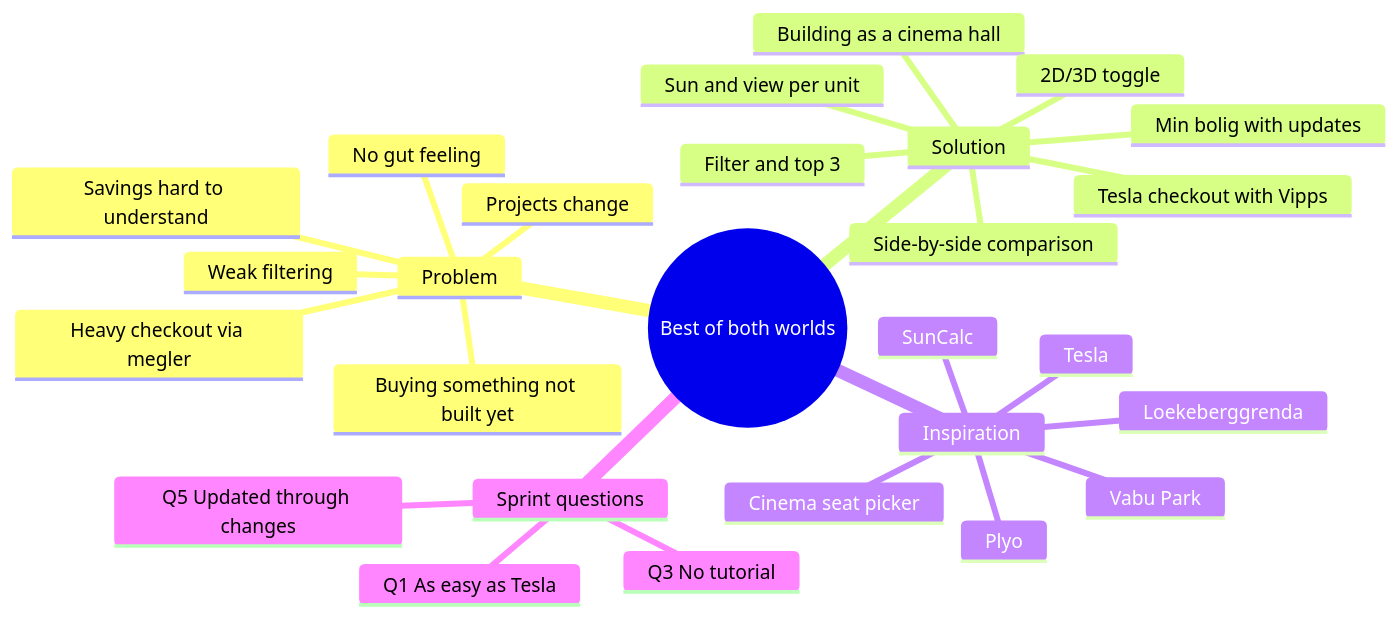
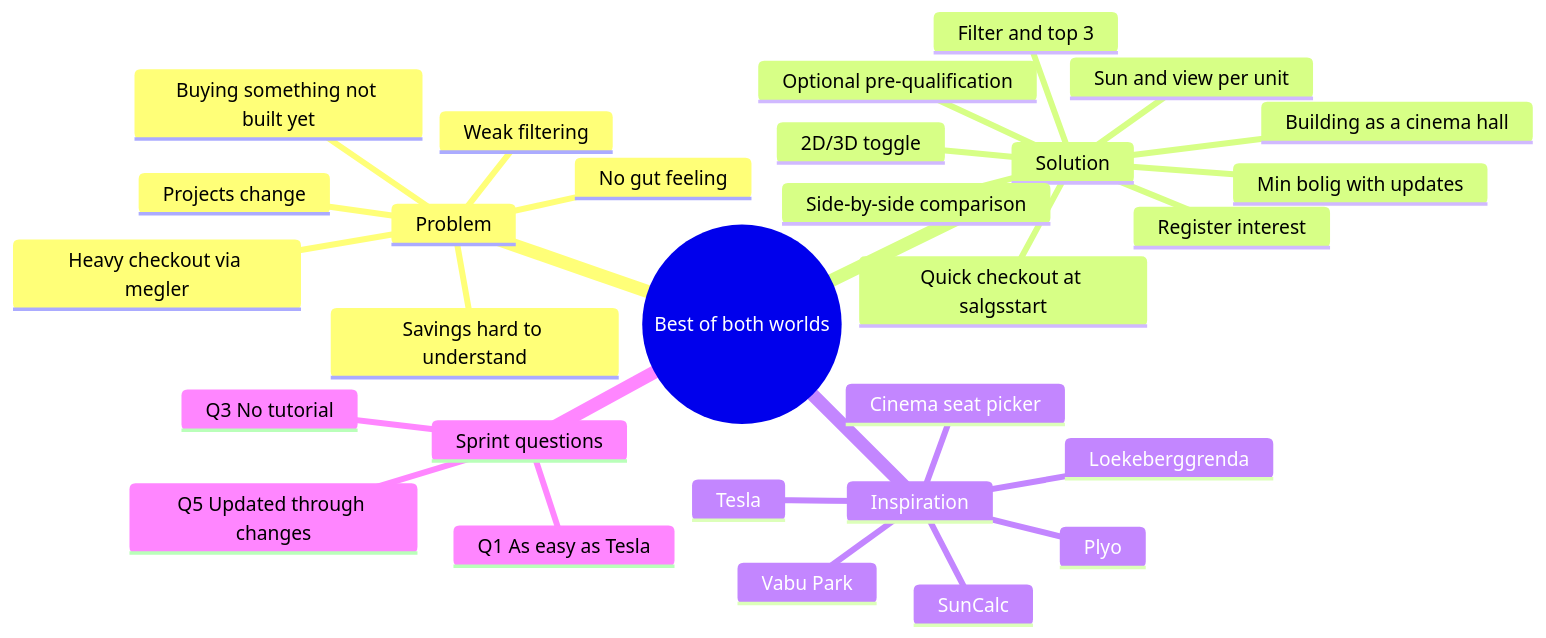
The first of 6 diagrams in docs/design-sprint/Models.md (kremflote/Borettslaget), drawn with Mermaid before and after one commit. The commit also changed other lines of this file and 9 other files, not shown here.

First line of the commit message:
Design Sprint: record group decisions on interest-first flow and scope

````diff
--- a/docs/design-sprint/Models.md
+++ b/docs/design-sprint/Models.md
@@ -8,30 +8,32 @@
 ```mermaid
 mindmap
   root((Best of both worlds))
     Problem
       Buying something not built yet
       No gut feeling
       Weak filtering
       Heavy checkout via megler
       Savings hard to understand
       Projects change
     Solution
       Building as a cinema hall
       2D/3D toggle
       Filter and top 3
       Sun and view per unit
       Side-by-side comparison
-      Tesla checkout with Vipps
+      Register interest
+      Optional pre-qualification
+      Quick checkout at salgsstart
       Min bolig with updates
     Inspiration
       Tesla
       Cinema seat picker
       SunCalc
       Loekeberggrenda
       Vabu Park
       Plyo
     Sprint questions
       Q3 No tutorial
       Q1 As easy as Tesla
       Q5 Updated through changes
 ```
````
